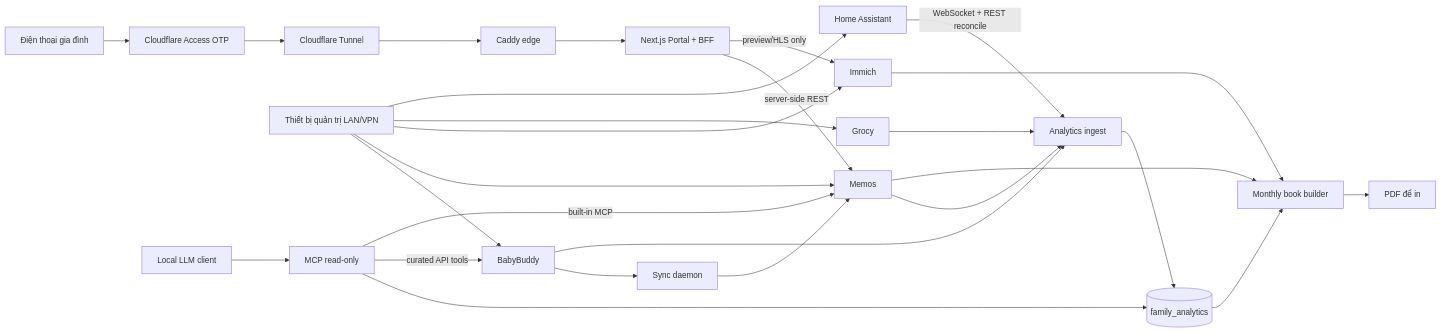
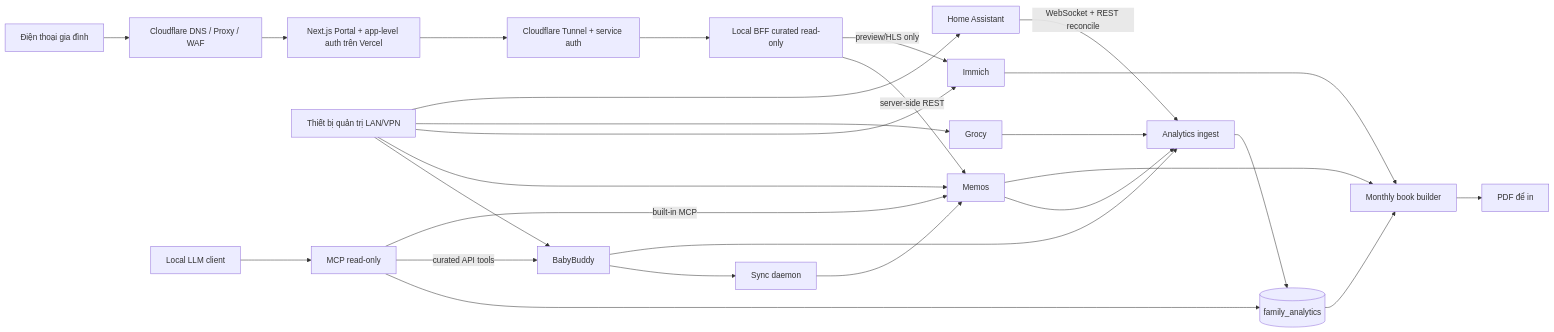
Before and after one commit to nguyenhieuisocial/embe: the diagram in docs/superpowers/plans/2026-08-30-embe-family-data-platform.md, drawn with Mermaid. The commit also changed other lines of this file and 3 other files, not shown here.

Commit message:
docs(security): align architecture with portal authentication

````diff
--- a/docs/superpowers/plans/2026-08-30-embe-family-data-platform.md
+++ b/docs/superpowers/plans/2026-08-30-embe-family-data-platform.md
@@ -30,34 +32,34 @@
 ```mermaid
 flowchart LR
-    Phone[Điện thoại gia đình] --> Access[Cloudflare Access OTP]
-    Access --> Tunnel[Cloudflare Tunnel]
-    Tunnel --> Caddy[Caddy edge]
-    Caddy --> Portal[Next.js Portal + BFF]
+    Phone[Điện thoại gia đình] --> Edge[Cloudflare DNS / Proxy / WAF]
+    Edge --> Portal[Next.js Portal + app-level auth trên Vercel]
+    Portal --> Tunnel[Cloudflare Tunnel + service auth]
+    Tunnel --> BFF[Local BFF curated read-only]
 
     Admin[Thiết bị quản trị LAN/VPN] --> BB[BabyBuddy]
     Admin --> Memos[Memos]
     Admin --> Immich[Immich]
     Admin --> Grocy[Grocy]
     Admin --> HA[Home Assistant]
 
-    Portal -->|server-side REST| Memos
-    Portal -->|preview/HLS only| Immich
+    BFF -->|server-side REST| Memos
+    BFF -->|preview/HLS only| Immich
 
     BB --> Sync[Sync daemon]
     Sync --> Memos
     BB --> ETL[Analytics ingest]
     Memos --> ETL
     Grocy --> ETL
     HA -->|WebSocket + REST reconcile| ETL
     ETL --> Analytics[(family_analytics)]
 
     MCP[MCP read-only] --> Analytics
     MCP -->|curated API tools| BB
     MCP -->|built-in MCP| Memos
     LLM[Local LLM client] --> MCP
 
     Analytics --> Book[Monthly book builder]
     Memos --> Book
     Immich --> Book
     Book --> PDF[PDF để in]
 ```
````
